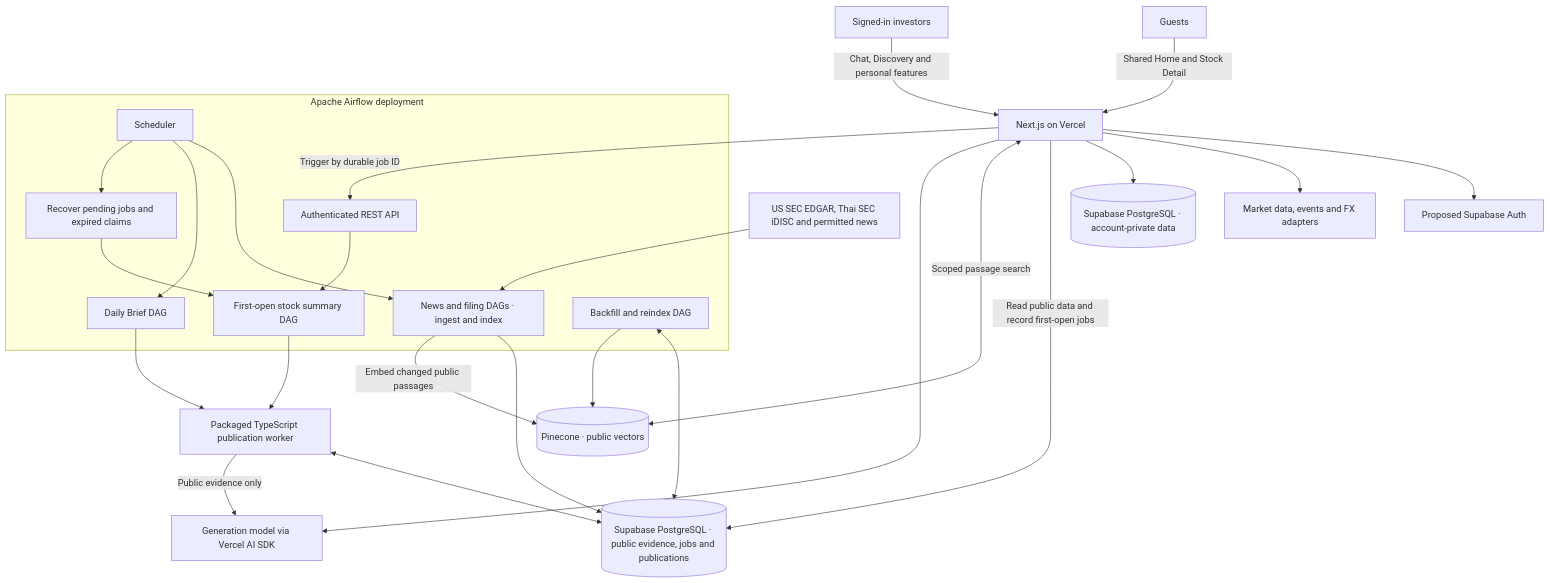
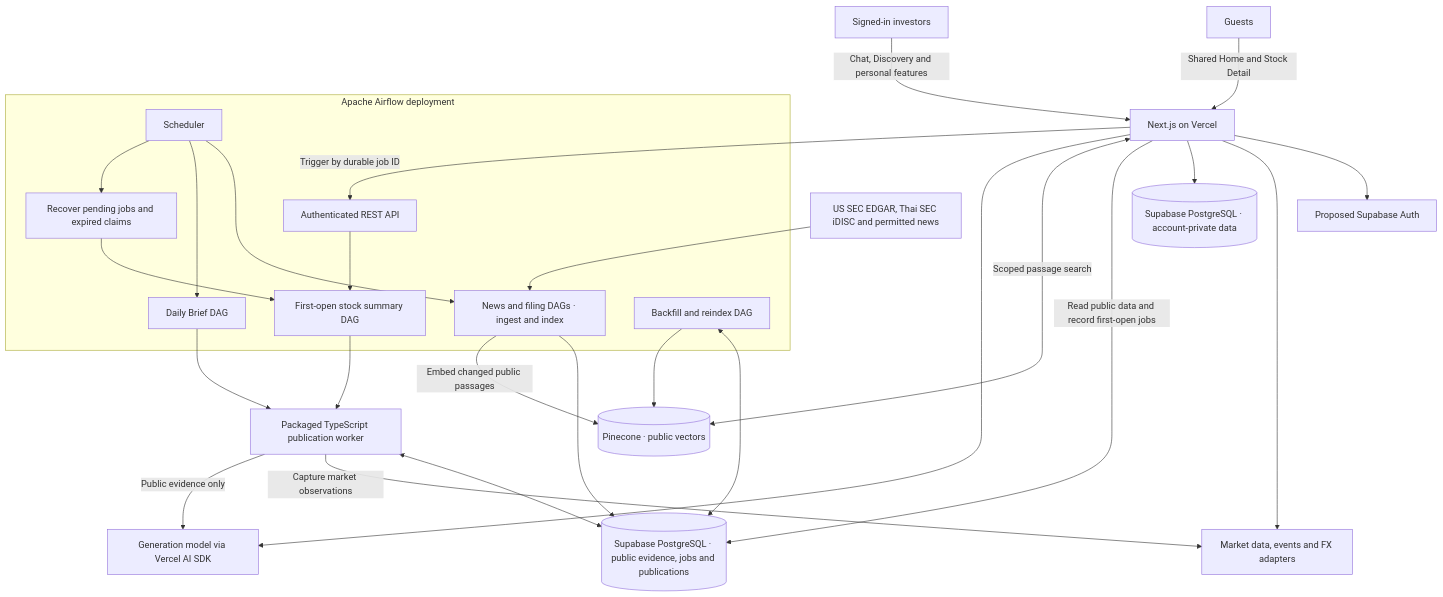
Before and after one commit to senella02/smart-financial-advisor: the diagram in docs/final/final-architecture.md, drawn with Mermaid. The commit also changed other lines of this file and 14 other files, not shown here.

Commit message:
docs: reconcile architecture and workflow guidance

````diff
--- a/docs/final/final-architecture.md
+++ b/docs/final/final-architecture.md
@@ -23,28 +32,29 @@
 ```mermaid
 flowchart TB
     Guests["Guests"] -->|Shared Home and Stock Detail| Web
     Investors["Signed-in investors"] -->|Chat, Discovery and personal features| Web
     Web["Next.js on Vercel"] --> Auth["Proposed Supabase Auth"]
     Web --> Market["Market data, events and FX adapters"]
     Web --> Accounts[("Supabase PostgreSQL · account-private data")]
     Web -->|Read public data and record first-open jobs| Shared[("Supabase PostgreSQL · public evidence, jobs and publications")]
     Web <-->|Scoped passage search| Index[("Pinecone · public vectors")]
     Web --> Model["Generation model via Vercel AI SDK"]
     subgraph Airflow["Apache Airflow deployment"]
         Schedule["Scheduler"] --> Ingest["News and filing DAGs · ingest and index"]
         Schedule --> Brief["Daily Brief DAG"]
         Schedule --> Recovery["Recover pending jobs and expired claims"]
         Recovery --> Summary["First-open stock summary DAG"]
         API["Authenticated REST API"] --> Summary
         Bulk["Backfill and reindex DAG"]
     end
     Sources["US SEC EDGAR, Thai SEC iDISC and permitted news"] --> Ingest
     Ingest --> Shared
     Ingest -->|Embed changed public passages| Index
     Bulk <--> Shared
     Bulk --> Index
     Web -->|Trigger by durable job ID| API
     Brief & Summary --> Worker["Packaged TypeScript publication worker"]
     Worker <--> Shared
+    Worker -->|Capture market observations| Market
     Worker -->|Public evidence only| Model
 ```
````
